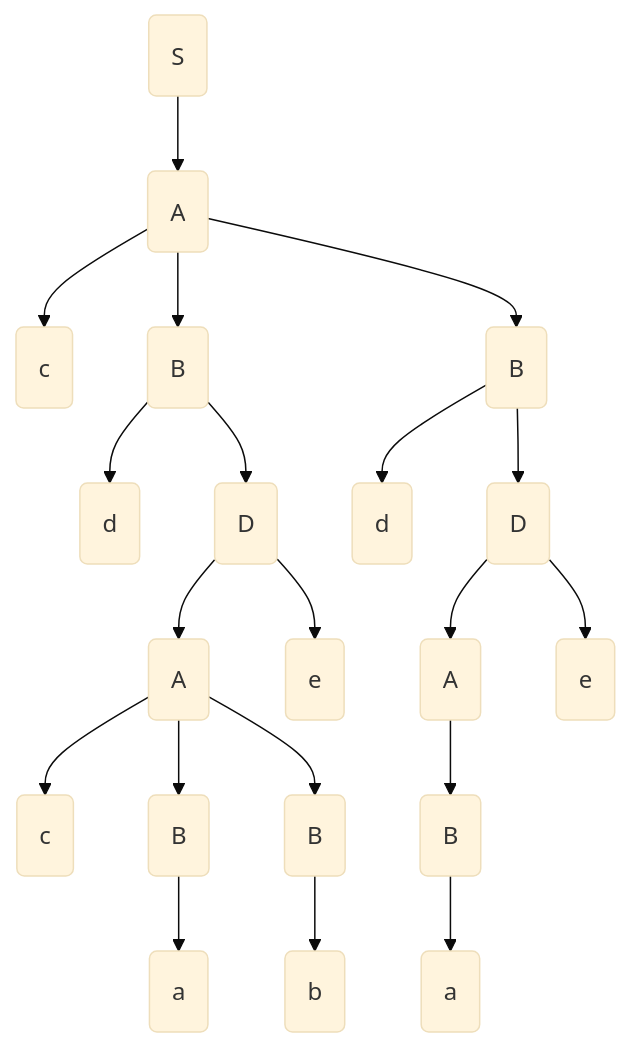
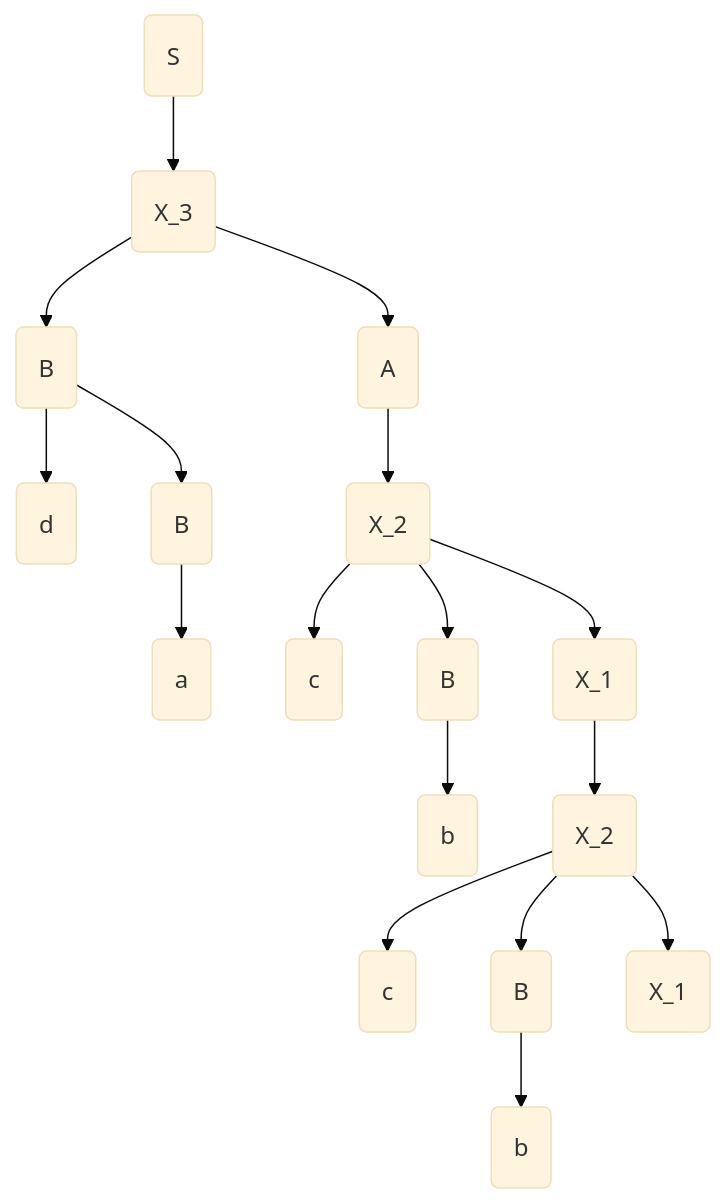
One commit to AntonC9018/uni_compilers changed the diagram in Laborator_4.md. Above: the diagram before and after it, drawn with Mermaid (base theme). The commit also changed other lines of this file, not shown here.

````diff
--- a/Laborator_4.md
+++ b/Laborator_4.md
@@ -108,23 +151,20 @@
 ```mermaid
 flowchart TD
 A0("S") --> A1
-A1("A") --> A2 & A3 & A4
-A2("c")
-A3("B") --> A5 & A6
-A4("B") --> A14 & A15
-A5("d")
-A6("D") --> A7 & A8
-A7("A") --> A9 & A10 & A11
-A8("e")
-A9("c")
-A10("B") --> A12
-A11("B") --> A13
-A12("a")
-A13("b")
-A14("d")
-A15("D") --> A16 & A17
-A16("A") --> A18
-A17("e")
-A18("B") --> A19
-A19("a")
+A1("X_3") --> A2 & A3
+A2("B") --> A4 & A5
+A3("A") --> A7
+A4("d")
+A5("B") --> A6
+A6("a")
+A7("X_2") --> A8 & A9 & A10
+A8("c")
+A9("B") --> A11
+A10("X_1") --> A12
+A11("b")
+A12("X_2") --> A13 & A14 & A15
+A13("c")
+A14("B") --> A16
+A15("X_1")
+A16("b")
 ```
````
